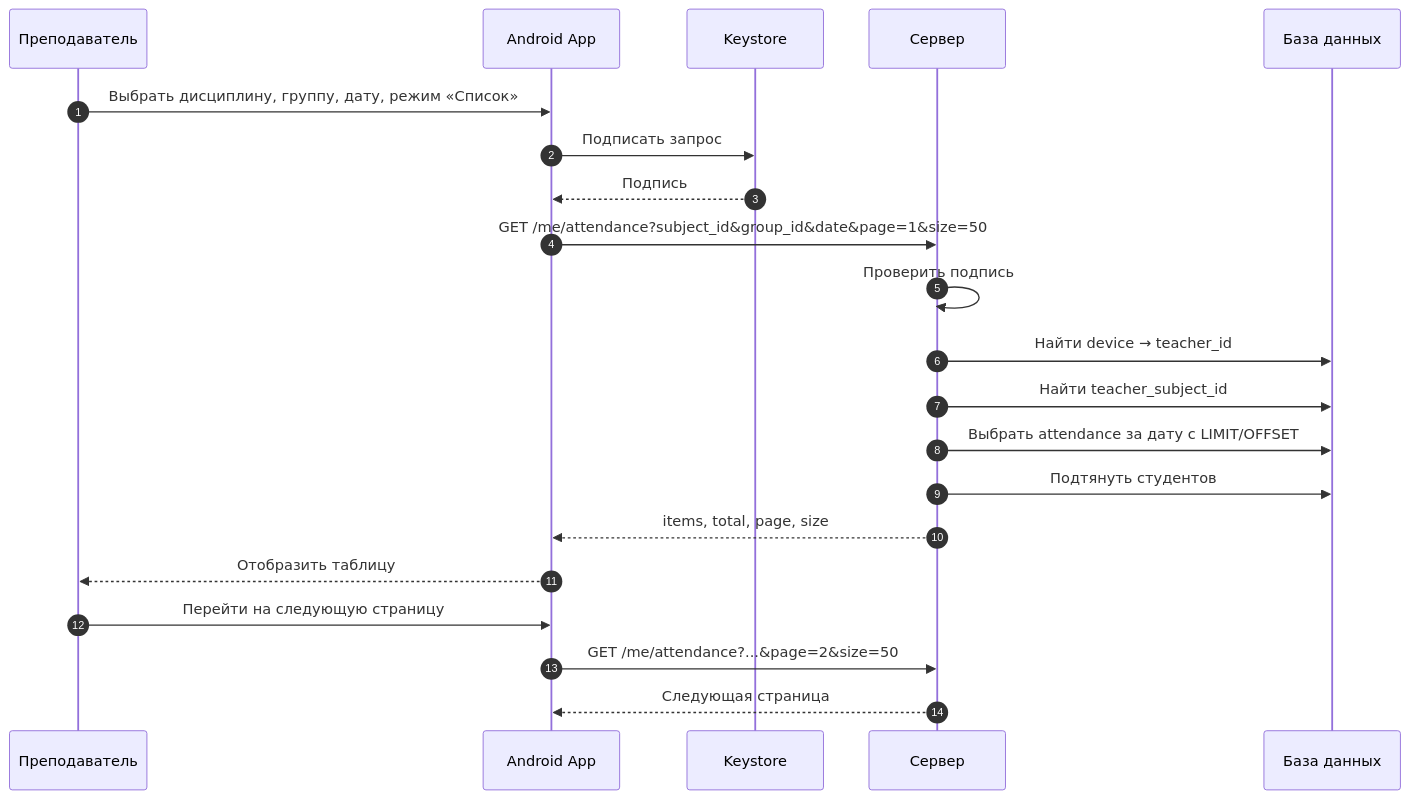
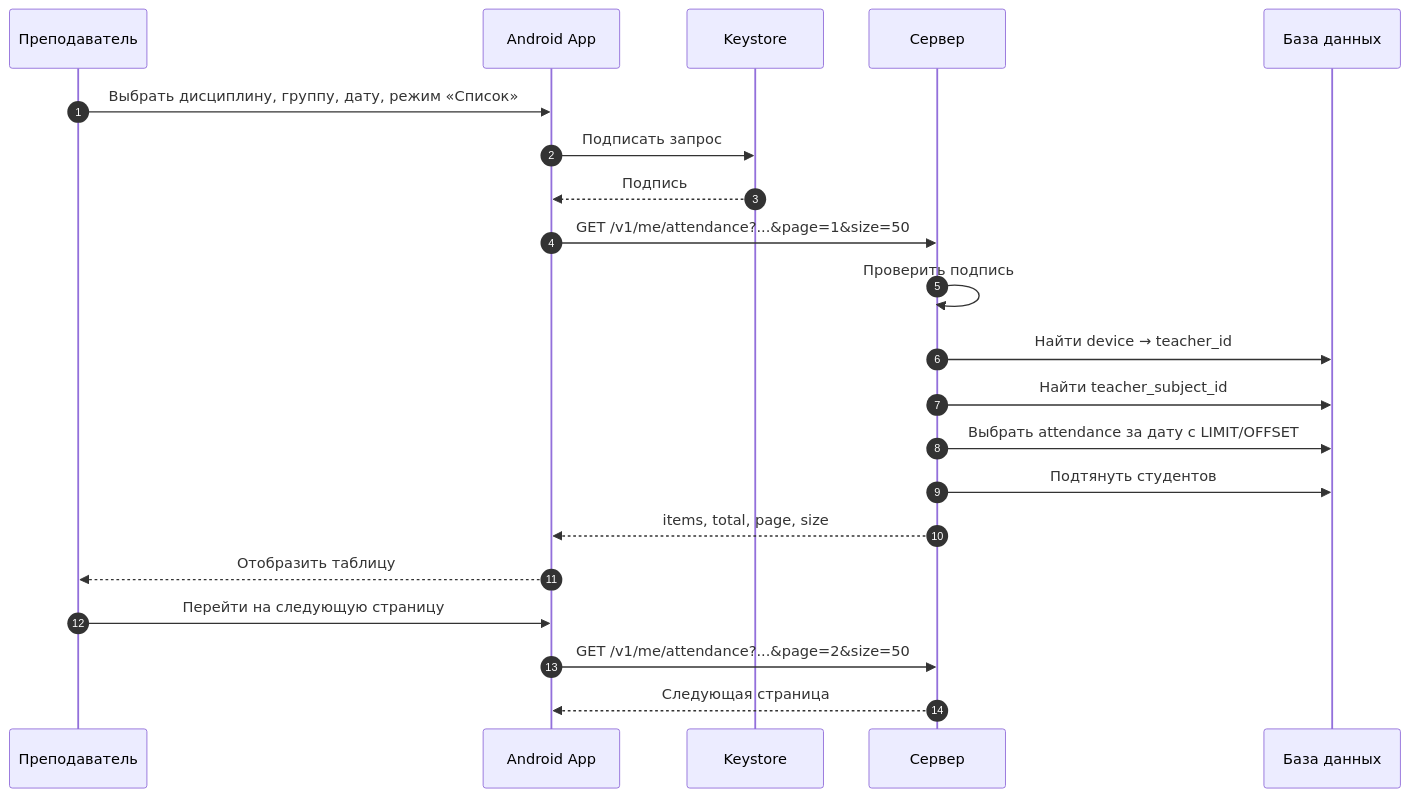
The tenth of 13 diagrams in concept.md (SP4CEVI/iasu-2.0), drawn with Mermaid before and after one commit. The commit also changed other lines of this file, not shown here.

````diff
--- a/concept.md
+++ b/concept.md
@@ -1140,24 +1174,24 @@
 ```mermaid
 sequenceDiagram
     autonumber
     participant Teacher as Преподаватель
     participant App as Android App
     participant KS as Keystore
     participant API as Сервер
     participant DB as База данных
 
     Teacher->>App: Выбрать дисциплину, группу, дату, режим «Список»
     App->>KS: Подписать запрос
     KS-->>App: Подпись
-    App->>API: GET /me/attendance?subject_id&group_id&date&page=1&size=50
+    App->>API: GET /v1/me/attendance?...&page=1&size=50
     API->>API: Проверить подпись
     API->>DB: Найти device → teacher_id
     API->>DB: Найти teacher_subject_id
     API->>DB: Выбрать attendance за дату с LIMIT/OFFSET
     API->>DB: Подтянуть студентов
     API-->>App: items, total, page, size
     App-->>Teacher: Отобразить таблицу
     Teacher->>App: Перейти на следующую страницу
-    App->>API: GET /me/attendance?...&page=2&size=50
+    App->>API: GET /v1/me/attendance?...&page=2&size=50
     API-->>App: Следующая страница
 ```
````
